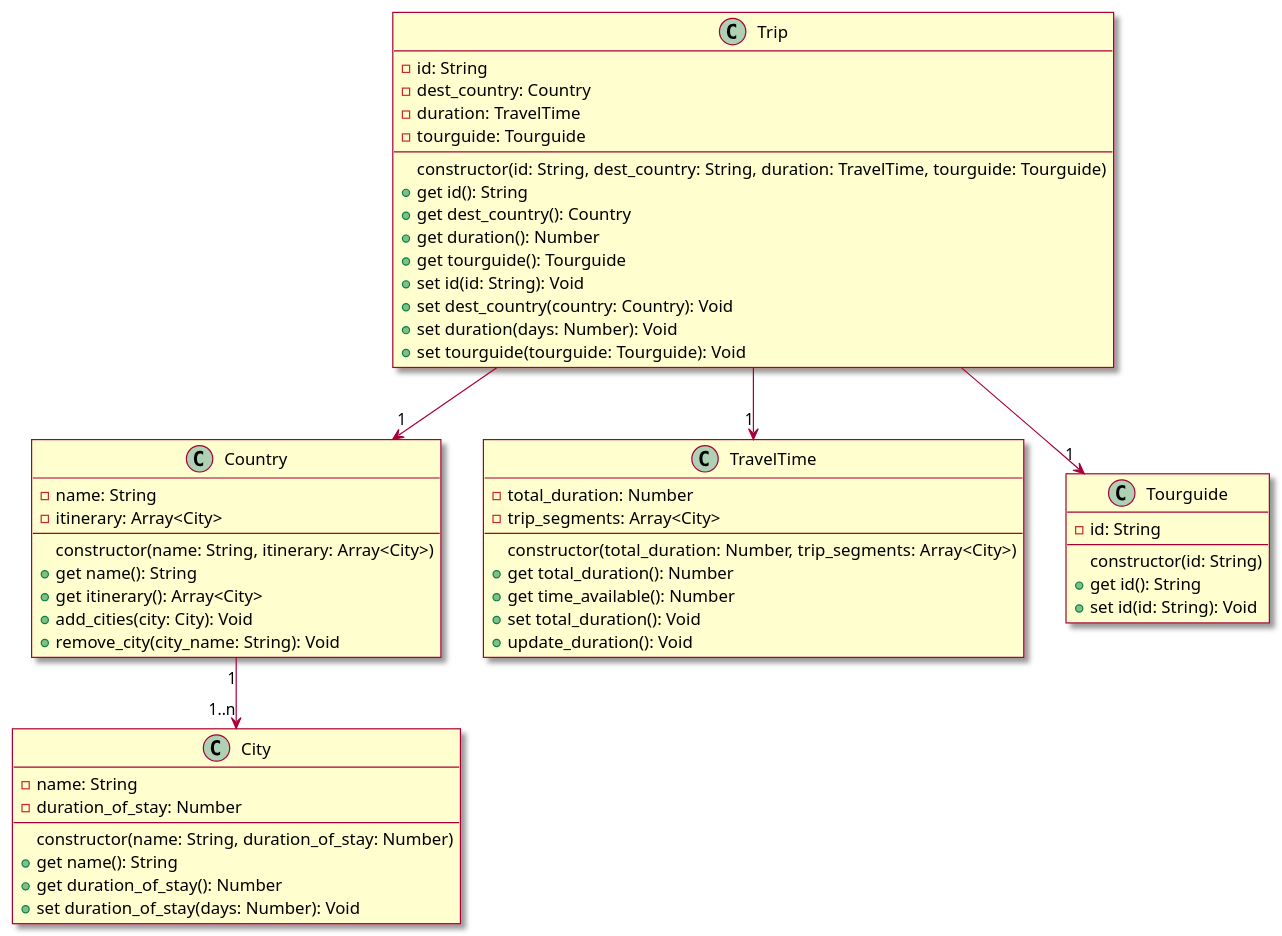
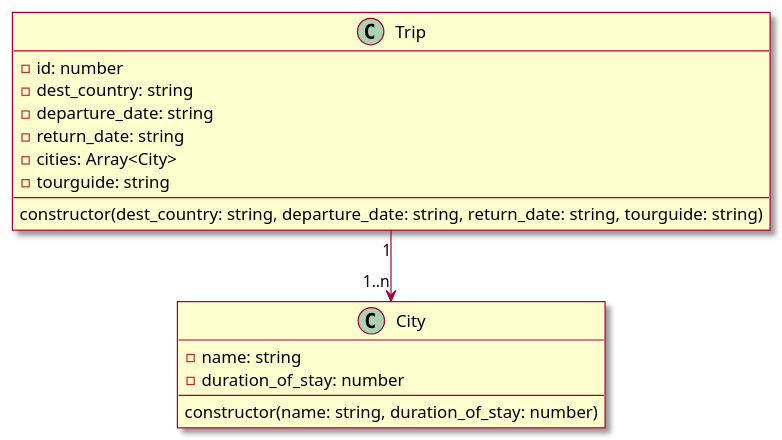
Before and after one commit to mPerezHeilig/Webtech_App: the diagram in docs/classdiagram.puml, drawn with PlantUML. The commit also changed 17 other files, not shown here.

```diff
--- a/docs/classdiagram.puml
+++ b/docs/classdiagram.puml
@@ -3,62 +3,23 @@
 @startuml
 hide empty members
 skin rose
 
 class Trip {
-    -id: String
-    -dest_country: Country
-    -duration: TravelTime
-    -tourguide: Tourguide
-    constructor(id: String, dest_country: String, duration: TravelTime, tourguide: Tourguide)
-    +get id(): String
-    +get dest_country(): Country
-    +get duration(): Number
-    +get tourguide(): Tourguide
-    +set id(id: String): Void
-    +set dest_country(country: Country): Void
-    +set duration(days: Number): Void
-    +set tourguide(tourguide: Tourguide): Void
-}
+    -id: number
+    -dest_country: string
+    -departure_date: string
+    -return_date: string
+    -cities: Array<City>
+    -tourguide: string
+    constructor(dest_country: string, departure_date: string, return_date: string, tourguide: string)
 
-class Country {
-    -name: String
-    -itinerary: Array<City>
-    constructor(name: String, itinerary: Array<City>)
-    +get name(): String
-    +get itinerary(): Array<City>
-    +add_cities(city: City): Void
-    +remove_city(city_name: String): Void
 }
 
 class City {
-    -name: String
-    -duration_of_stay: Number
-    constructor(name: String, duration_of_stay: Number)
-    +get name(): String
-    +get duration_of_stay(): Number
-    +set duration_of_stay(days: Number): Void
+    -name: string
+    -duration_of_stay: number
+    constructor(name: string, duration_of_stay: number)
 }
 
-class TravelTime {
-    -total_duration: Number
-    -trip_segments: Array<City>
-    constructor(total_duration: Number, trip_segments: Array<City>)
-    +get total_duration(): Number
-    +get time_available(): Number
-    +set total_duration(): Void
-    +update_duration(): Void
-}
-
-class Tourguide {
-    -id: String
-    constructor(id: String)
-    +get id(): String
-    +set id(id: String): Void
-}
-
-'Beziehungsarten anpassen'
-Trip --> "1" Country
-Country "1" --> "1..n" City
-Trip --> "1" TravelTime
-Trip --> "1" Tourguide
+Trip "1" --> "1..n" City
 @enduml
```
